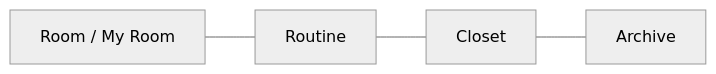
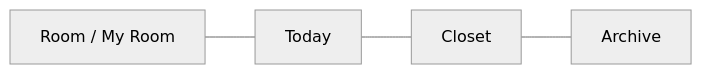
Before and after one commit to RealOil/Roonary: the second of 3 diagrams in docs/product/screen-flow.md, drawn with Mermaid (neutral theme). The commit also changed other lines of this file and 4 other files, not shown here.

````diff
--- a/docs/product/screen-flow.md
+++ b/docs/product/screen-flow.md
@@ -56,6 +56,6 @@
 ```mermaid
 flowchart LR
-  Room["Room / My Room"] --- Routine["Routine"]
-  Routine --- Closet["Closet"]
+  Room["Room / My Room"] --- Today["Today"]
+  Today --- Closet["Closet"]
   Closet --- Archive["Archive"]
 ```
````
